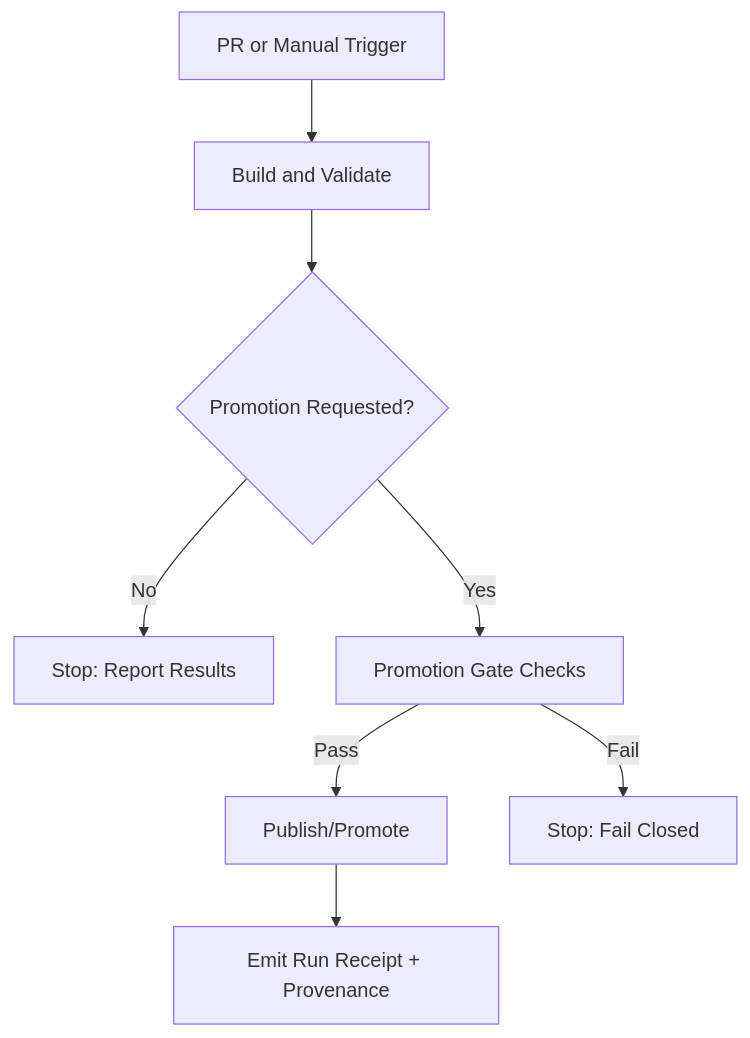
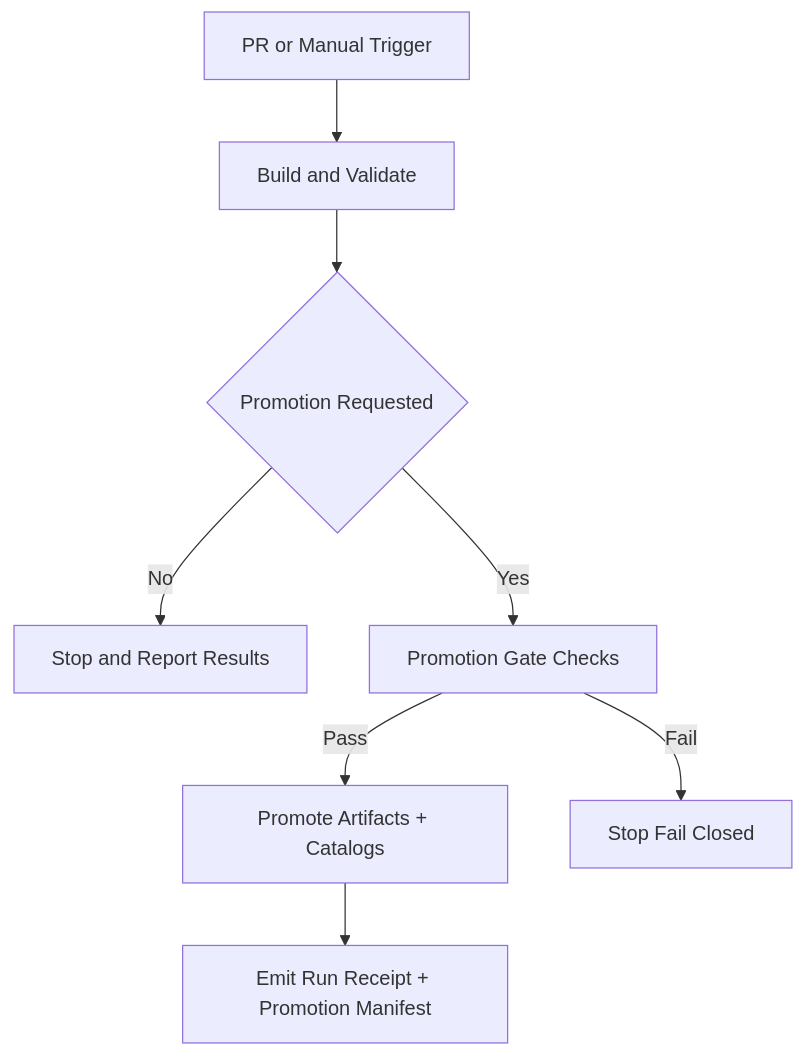
One commit to bartytime4life/Kansas-Frontier-Matrix changed the diagram in .github/workflows/README.md. Above: the diagram before and after it, drawn with Mermaid. The commit also changed other lines of this file, not shown here.

````diff
--- a/.github/workflows/README.md
+++ b/.github/workflows/README.md
@@ -157,10 +208,10 @@
 ```mermaid
 flowchart TD
   A[PR or Manual Trigger] --> B[Build and Validate]
-  B --> C{Promotion Requested?}
-  C -- No --> D[Stop: Report Results]
+  B --> C{Promotion Requested}
+  C -- No --> D[Stop and Report Results]
   C -- Yes --> E[Promotion Gate Checks]
-  E -->|Pass| F[Publish/Promote]
-  E -->|Fail| G[Stop: Fail Closed]
-  F --> H[Emit Run Receipt + Provenance]
+  E -->|Pass| F[Promote Artifacts + Catalogs]
+  E -->|Fail| G[Stop Fail Closed]
+  F --> H[Emit Run Receipt + Promotion Manifest]
 ```
````
